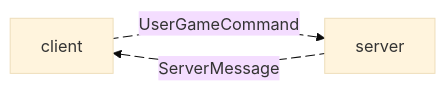
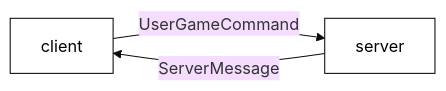
One commit to softwareconstruction240/softwareconstruction changed the second of 4 diagrams in chess/6-gameplay/gameplay.md. Above: the diagram before and after it, drawn with Mermaid (base theme). The commit also changed other lines of this file and 153 other files, not shown here.

````diff
--- a/chess/6-gameplay/gameplay.md
+++ b/chess/6-gameplay/gameplay.md
@@ -64,10 +104,8 @@
 ```mermaid
 flowchart LR
+classDef default fill:#ffffff,stroke:#000000,color:#000000,stroke-width:1px;
   client
   server
-  client e1@--> |UserGameCommand|server
-  server e2@--> |ServerMessage|client
-  e1@{ animation: fast }
-  e2@{ animation: fast }
-
+  client --> |UserGameCommand|server
+  server --> |ServerMessage|client
 ```
````
